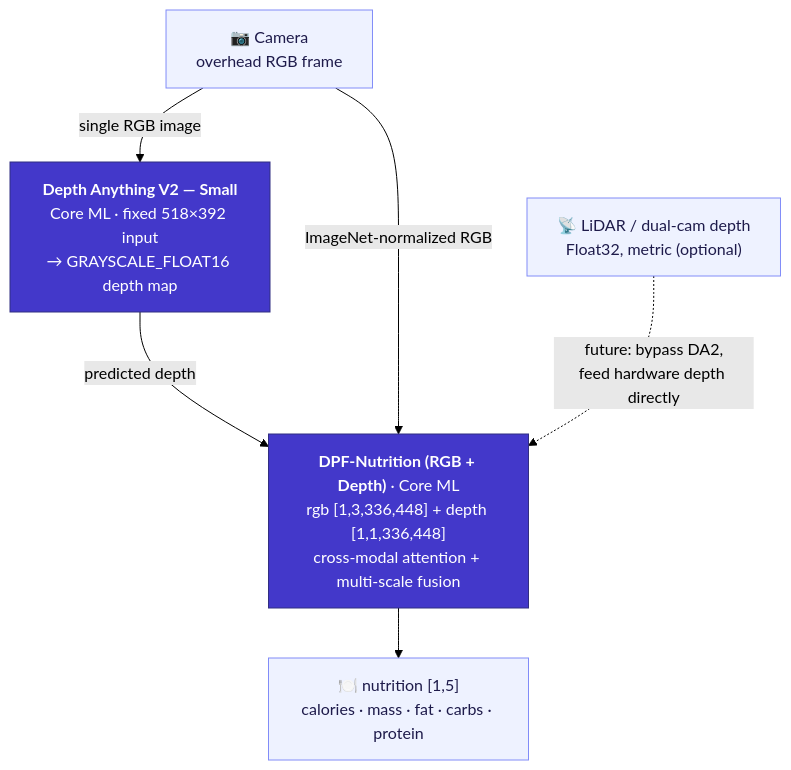
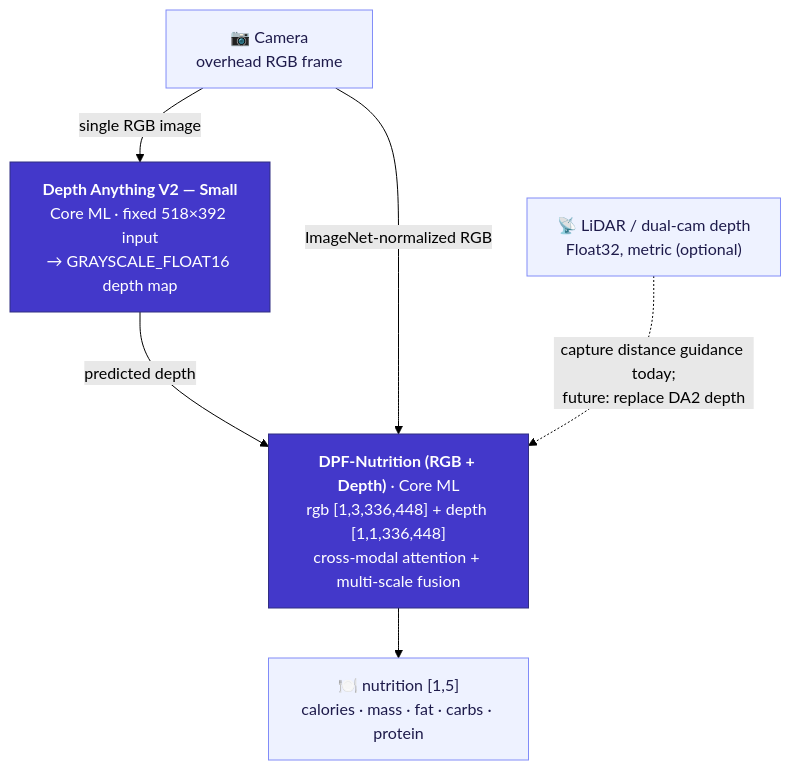
The diagram in README.md (T0MYYY/calbro), drawn with Mermaid (forest theme) before and after one commit. The commit also changed other lines of this file and 73 other files, not shown here.

````diff
--- a/README.md
+++ b/README.md
@@ -43,22 +53,22 @@
 ```mermaid
 flowchart TD
     CAM["📷 Camera<br/>overhead RGB frame"]
     LIDAR["📡 LiDAR / dual-cam depth<br/>Float32, metric (optional)"]
 
     DA2["<b>Depth Anything V2 — Small</b><br/>Core ML · fixed 518×392 input<br/>→ GRAYSCALE_FLOAT16 depth map"]
 
     DPF["<b>DPF-Nutrition (RGB + Depth)</b> · Core ML<br/>rgb [1,3,336,448] + depth [1,1,336,448]<br/>cross-modal attention + multi-scale fusion"]
 
     OUT["🍽️ nutrition [1,5]<br/>calories · mass · fat · carbs · protein"]
 
     CAM -->|"single RGB image"| DA2
     DA2 -->|"predicted depth"| DPF
     CAM -->|"ImageNet-normalized RGB"| DPF
-    LIDAR -.->|"future: bypass DA2,<br/>feed hardware depth directly"| DPF
+    LIDAR -.->|"capture distance guidance today;<br/>future: replace DA2 depth"| DPF
     DPF --> OUT
 
     classDef model fill:#4338CA,stroke:#312E81,color:#fff;
     classDef io fill:#EEF2FF,stroke:#818CF8,color:#1E1B4B;
     class DA2,DPF model;
     class CAM,LIDAR,OUT io;
 ```
````
